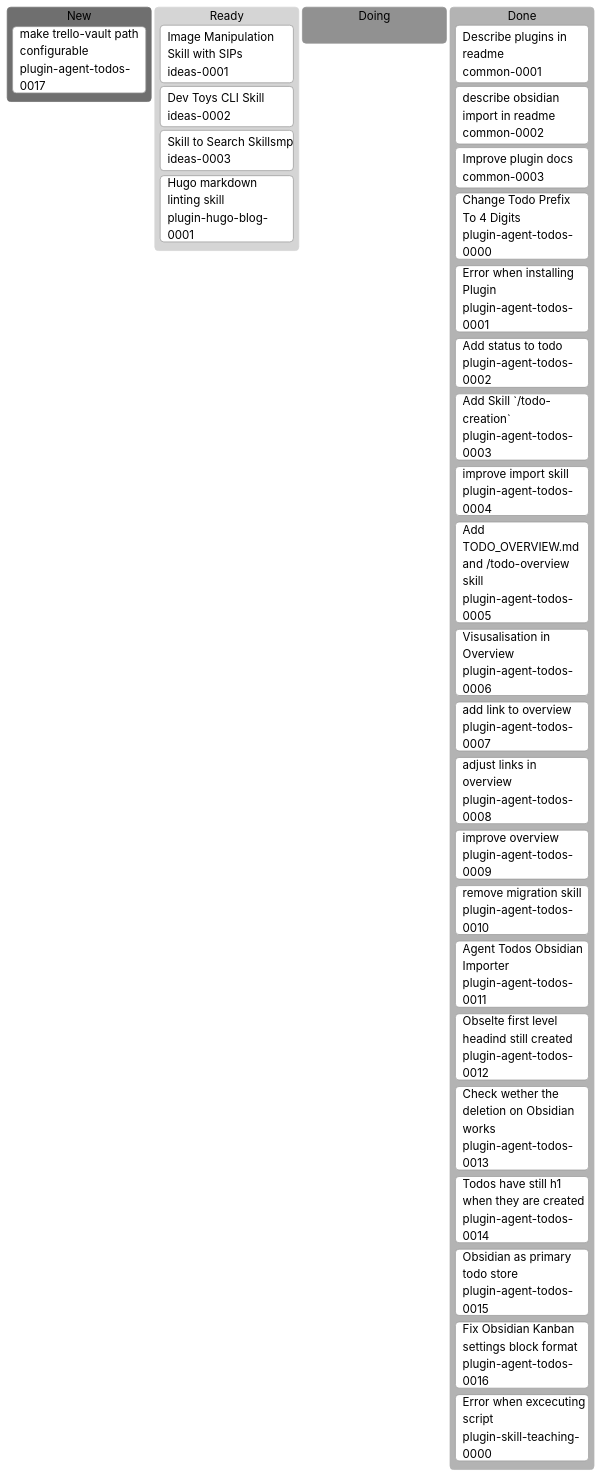
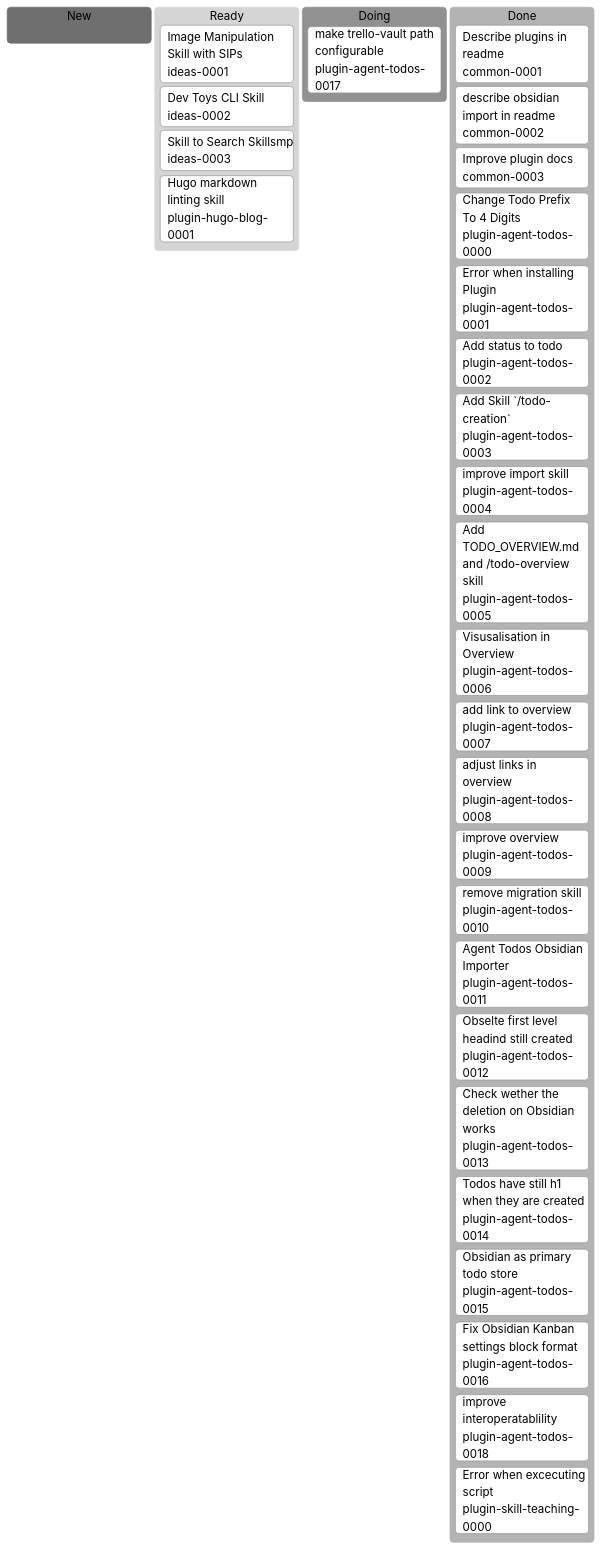
The diagram in docs/agent-todos/TODO_OVERVIEW.md (erich3000/ji-agent-skills), drawn with Mermaid before and after one commit. The commit also changed other lines of this file and 8 other files, not shown here.

First line of the commit message:
fix(agent-todos): use valid YAML block scalars in skill descriptions (v0.5.1)

````diff
--- a/docs/agent-todos/TODO_OVERVIEW.md
+++ b/docs/agent-todos/TODO_OVERVIEW.md
@@ -7,35 +7,36 @@
 ```mermaid
 %%{init: {"theme":"neutral"}}%%
 kanban
   new[New]
-    plugin-agent-todos-0017[make trello-vault path configurable]@{ ticket: plugin-agent-todos-0017 }
+
   ready[Ready]
     ideas-0001[Image Manipulation Skill with SIPs]@{ ticket: ideas-0001 }
     ideas-0002[Dev Toys CLI Skill]@{ ticket: ideas-0002 }
     ideas-0003[Skill to Search Skillsmp]@{ ticket: ideas-0003 }
     plugin-hugo-blog-0001[Hugo markdown linting skill]@{ ticket: plugin-hugo-blog-0001 }
   doing[Doing]
-
+    plugin-agent-todos-0017[make trello-vault path configurable]@{ ticket: plugin-agent-todos-0017 }
   done[Done]
     common-0001[Describe plugins in readme]@{ ticket: common-0001 }
     common-0002[describe obsidian import in readme]@{ ticket: common-0002 }
     common-0003[Improve plugin docs]@{ ticket: common-0003 }
     plugin-agent-todos-0000[Change Todo Prefix To 4 Digits]@{ ticket: plugin-agent-todos-0000 }
     plugin-agent-todos-0001[Error when installing Plugin]@{ ticket: plugin-agent-todos-0001 }
     plugin-agent-todos-0002[Add status to todo]@{ ticket: plugin-agent-todos-0002 }
     plugin-agent-todos-0003[Add Skill `/todo-creation`]@{ ticket: plugin-agent-todos-0003 }
     plugin-agent-todos-0004[improve import skill]@{ ticket: plugin-agent-todos-0004 }
     plugin-agent-todos-0005[Add TODO_OVERVIEW.md and /todo-overview skill]@{ ticket: plugin-agent-todos-0005 }
     plugin-agent-todos-0006[Visusalisation in Overview]@{ ticket: plugin-agent-todos-0006 }
     plugin-agent-todos-0007[add link to overview]@{ ticket: plugin-agent-todos-0007 }
     plugin-agent-todos-0008[adjust links in overview]@{ ticket: plugin-agent-todos-0008 }
     plugin-agent-todos-0009[improve overview]@{ ticket: plugin-agent-todos-0009 }
     plugin-agent-todos-0010[remove migration skill]@{ ticket: plugin-agent-todos-0010 }
     plugin-agent-todos-0011[Agent Todos Obsidian Importer]@{ ticket: plugin-agent-todos-0011 }
     plugin-agent-todos-0012[Obselte first level headind still created]@{ ticket: plugin-agent-todos-0012 }
     plugin-agent-todos-0013[Check wether the deletion on Obsidian works]@{ ticket: plugin-agent-todos-0013 }
     plugin-agent-todos-0014[Todos have still h1 when they are created]@{ ticket: plugin-agent-todos-0014 }
     plugin-agent-todos-0015[Obsidian as primary todo store]@{ ticket: plugin-agent-todos-0015 }
     plugin-agent-todos-0016[Fix Obsidian Kanban settings block format]@{ ticket: plugin-agent-todos-0016 }
+    plugin-agent-todos-0018[improve interoperatablility]@{ ticket: plugin-agent-todos-0018 }
     plugin-skill-teaching-0000[Error when excecuting script]@{ ticket: plugin-skill-teaching-0000 }
 ```
````
